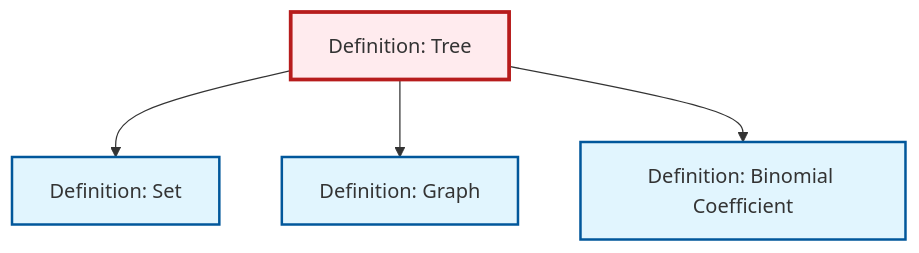
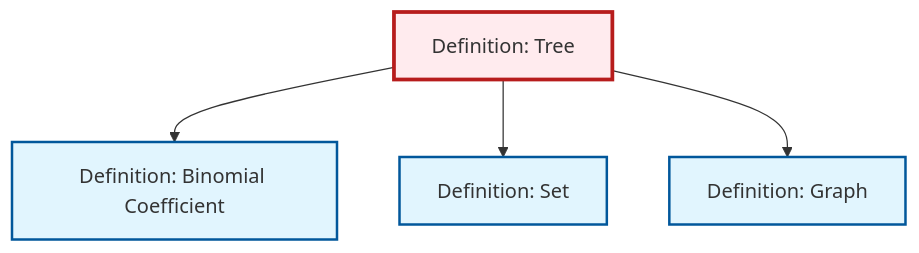
One commit to RK0429/ModernMath changed the diagram in content/en/combinatorics/def-tree.qmd. Above: the diagram before and after it, drawn with Mermaid. The commit also changed other lines of this file and 672 other files, not shown here.

````diff
--- a/content/en/combinatorics/def-tree.qmd
+++ b/content/en/combinatorics/def-tree.qmd
@@ -136,20 +136,20 @@
 ```{mermaid}
 %%| fig-cap: "Local dependency graph"
 graph TD
     classDef definition fill:#e1f5fe,stroke:#01579b,stroke-width:2px
     classDef theorem fill:#f3e5f5,stroke:#4a148c,stroke-width:2px
     classDef axiom fill:#fff3e0,stroke:#e65100,stroke-width:2px
     classDef example fill:#e8f5e9,stroke:#1b5e20,stroke-width:2px
     classDef current fill:#ffebee,stroke:#b71c1c,stroke-width:3px
+    def-set["Definition: Set"]:::definition
+    def-tree["Definition: Tree"]:::definition
     def-binomial-coefficient["Definition: Binomial Coefficient"]:::definition
     def-graph["Definition: Graph"]:::definition
-    def-tree["Definition: Tree"]:::definition
-    def-set["Definition: Set"]:::definition
+    def-tree --> def-binomial-coefficient
     def-tree --> def-set
     def-tree --> def-graph
-    def-tree --> def-binomial-coefficient
     class def-tree current
+    click def-set "def-set.html" "Go to Set definition"
     click def-binomial-coefficient "def-binomial-coefficient.html" "Go to Binomial Coefficient definition"
     click def-graph "def-graph.html" "Go to Graph definition"
-    click def-set "def-set.html" "Go to Set definition"
 ```
````
